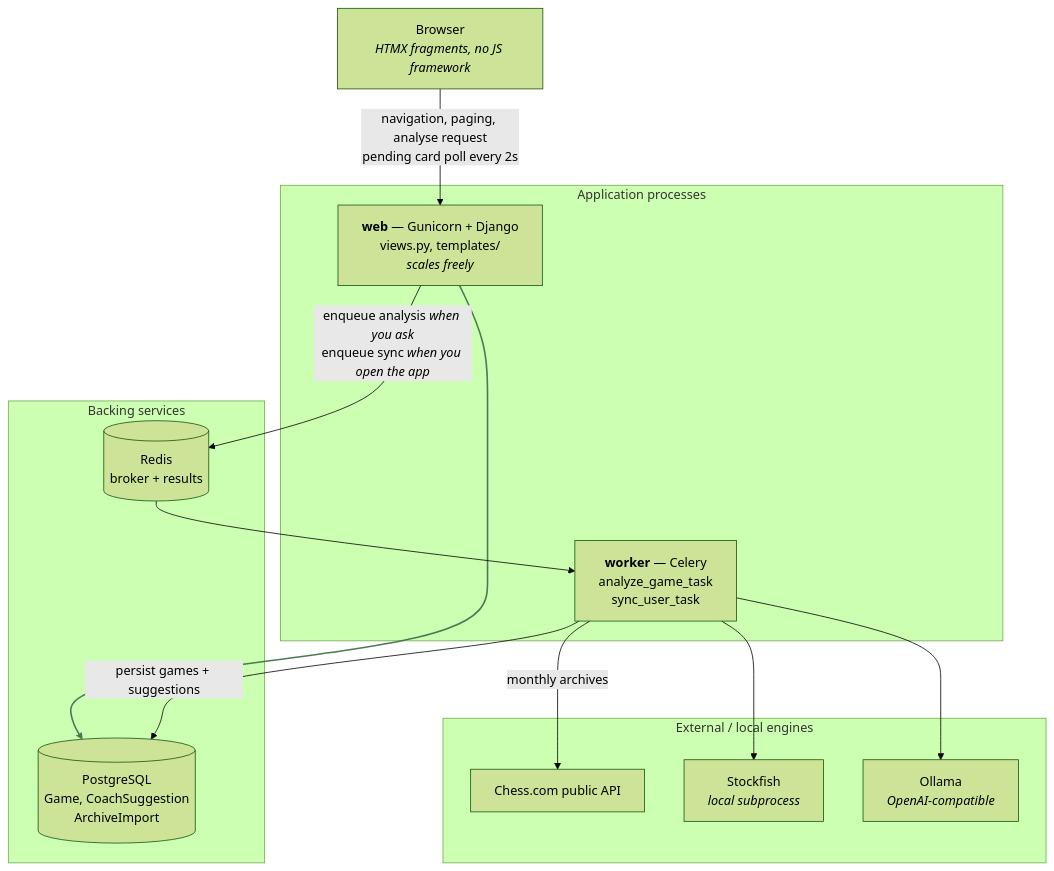
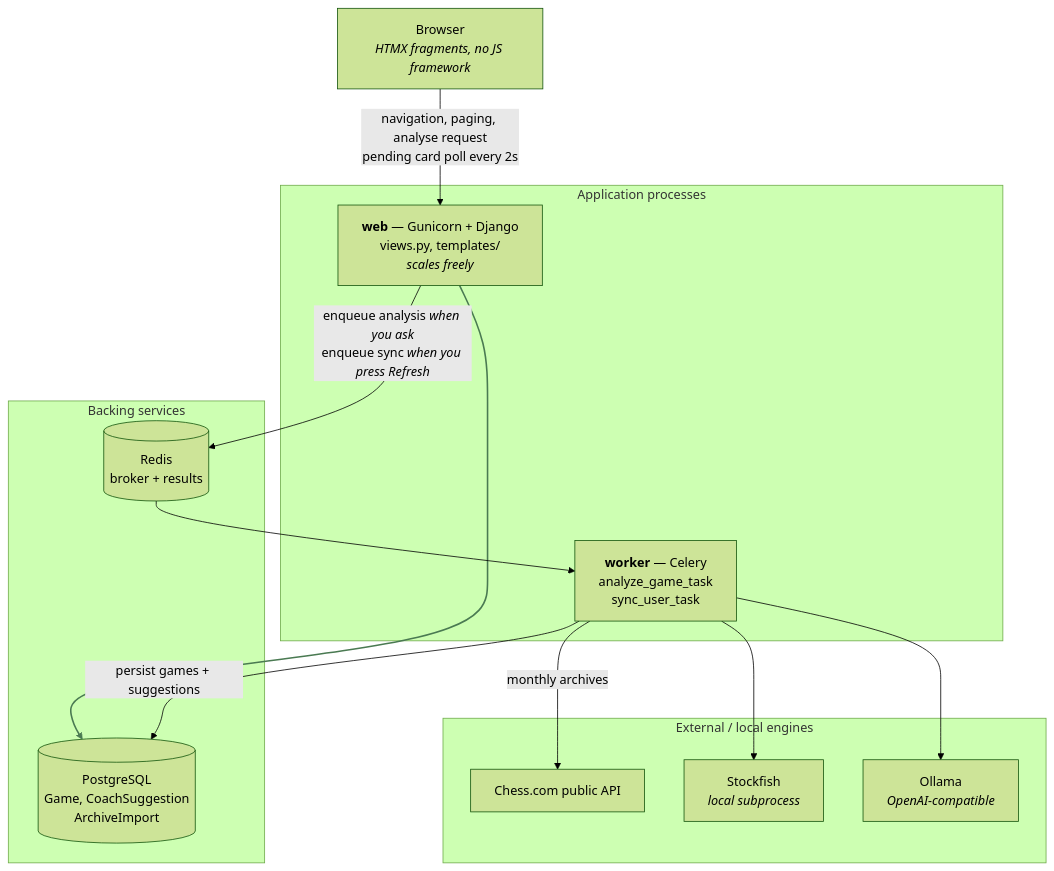
The first of 2 diagrams in docs/architecture.md (gab-25/chessdotcom_ai_coach), drawn with Mermaid (forest theme) before and after one commit. The commit also changed other lines of this file and 16 other files, not shown here.

````diff
--- a/docs/architecture.md
+++ b/docs/architecture.md
@@ -34,31 +34,31 @@
 ```mermaid
 graph TD
     Browser["Browser<br/><i>HTMX fragments, no JS framework</i>"]
 
     subgraph app["Application processes"]
         Web["<b>web</b> — Gunicorn + Django<br/>views.py, templates/<br/><i>scales freely</i>"]
         Worker["<b>worker</b> — Celery<br/>analyze_game_task<br/>sync_user_task"]
     end
 
     subgraph infra["Backing services"]
         PG[("PostgreSQL<br/>Game, CoachSuggestion<br/>ArchiveImport")]
         Redis[("Redis<br/>broker + results")]
     end
 
     subgraph ext["External / local engines"]
         ChessCom["Chess.com public API"]
         SF["Stockfish<br/><i>local subprocess</i>"]
         LLM["Ollama<br/><i>OpenAI-compatible</i>"]
     end
 
     Browser -->|"navigation, paging, analyse request<br/>pending card poll every 2s"| Web
     Web --> PG
-    Web -->|"enqueue analysis <i>when you ask</i><br/>enqueue sync <i>when you open the app</i>"| Redis
+    Web -->|"enqueue analysis <i>when you ask</i><br/>enqueue sync <i>when you press Refresh</i>"| Redis
     Redis --> Worker
     Worker -->|"monthly archives"| ChessCom
     Worker --> SF
     Worker --> LLM
     Worker -->|"persist games + suggestions"| PG
 
     linkStyle 1 stroke:#4a7a52,stroke-width:2px
 ```
````
